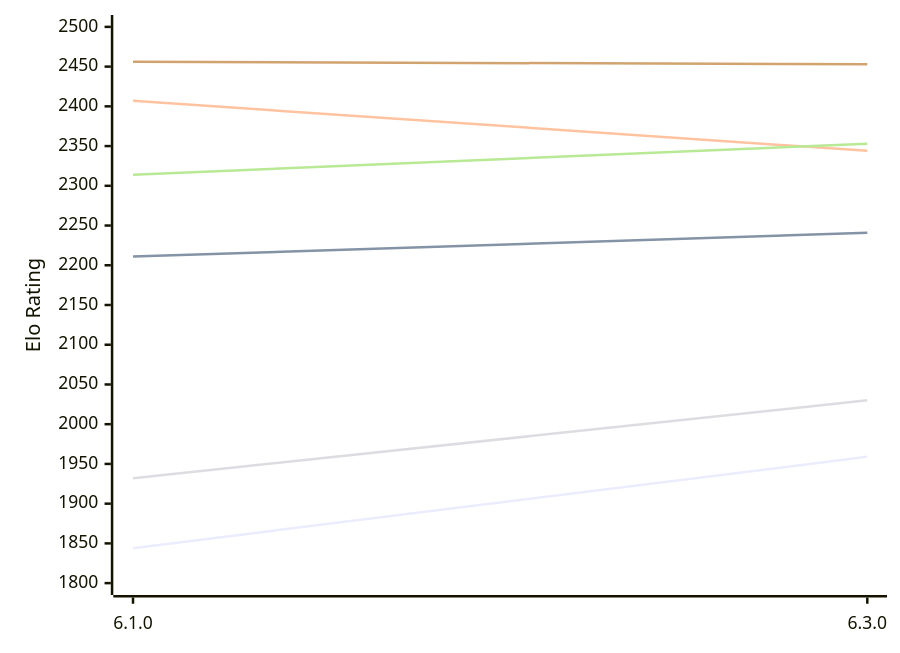
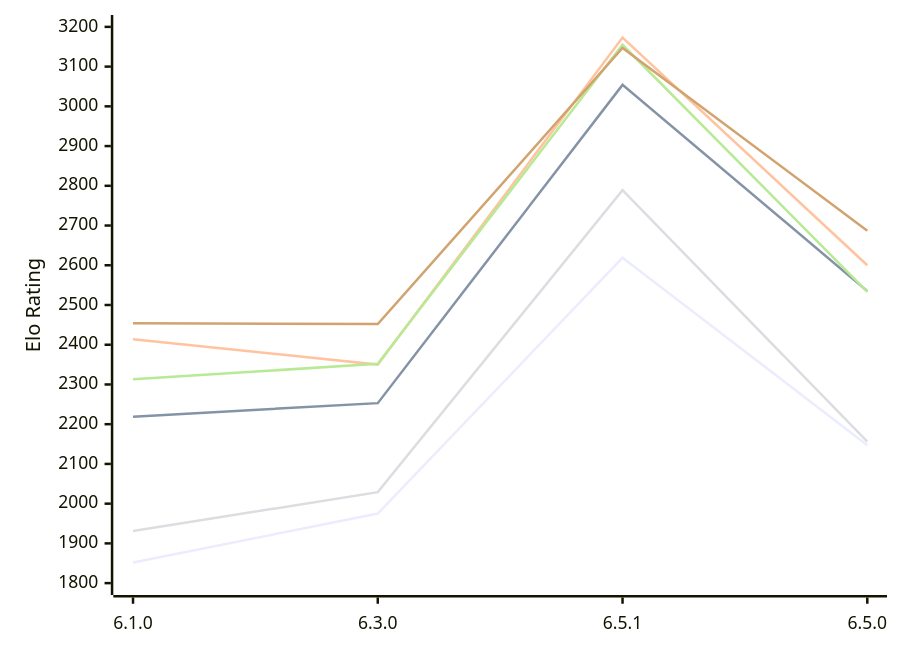
One commit to computer-chess-index/cci changed the diagram in engines/Luminex.md. Above: the diagram before and after it, drawn with Mermaid. The commit also changed other lines of this file, not shown here.

Commit message:
Update CCI Ratings (ELO VLTC) - 2026-11-07

````diff
--- a/engines/Luminex.md
+++ b/engines/Luminex.md
@@ -49,12 +53,12 @@
 ```mermaid
 %%{init: {"theme":"base","themeVariables":{"seriesColors:['#a3a3a3','#222221','#faa371']}}}%%
 xychart-beta
-  x-axis ["6.1.0", "6.3.0"]
-  y-axis "Elo Rating" 1800 --> 2500
-  line "E1: STC (8.0+0.08s)" [1844, 1959]
-  line "E1: LTC (60.0+0.60s)" [2211, 2241]
-  line "E1: VLTC (2m24s+1.12s)" [2407, 2344]
-  line "P1: STC (8.0+0.08s)" [1932, 2030]
-  line "P1: LTC (60.0+0.60s)" [2314, 2353]
-  line "P1: VLTC (2m24s+1.12s)" [2456, 2453]
+  x-axis ["6.1.0", "6.3.0", "6.5.1", "6.5.0"]
+  y-axis "Elo Rating" 1800 --> 3200
+  line "E1: STC (8.0+0.08s)" [1852, 1975, 2619, 2147]
+  line "E1: LTC (60.0+0.60s)" [2219, 2253, 3054, 2535]
+  line "E1: VLTC (2m24s+1.12s)" [2414, 2350, 3173, 2600]
+  line "P1: STC (8.0+0.08s)" [1931, 2029, 2789, 2156]
+  line "P1: LTC (60.0+0.60s)" [2313, 2352, 3155, 2533]
+  line "P1: VLTC (2m24s+1.12s)" [2454, 2452, 3147, 2687]
 ```
````
